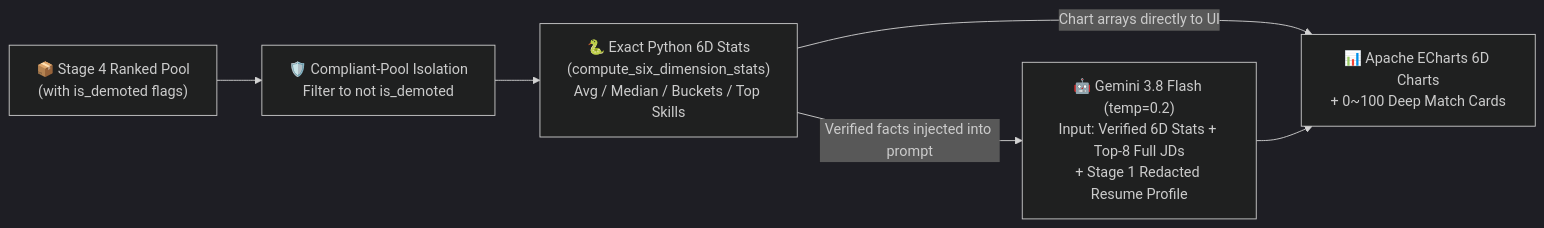
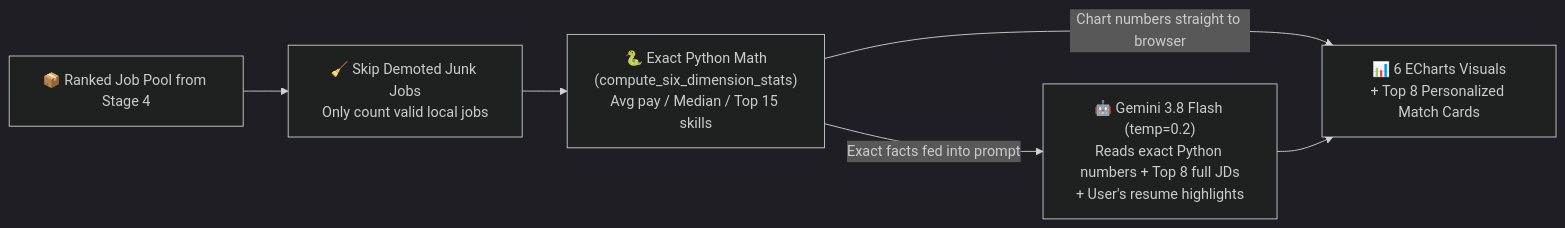
One commit to jason-haha-69135/boss-zhipin-crawler changed the diagram in tutorials/en/04-stage5-grounded-6d-analysis.md. Above: the diagram before and after it, drawn with Mermaid (dark theme). The commit also changed other lines of this file and 14 other files, not shown here.

````diff
--- a/tutorials/en/04-stage5-grounded-6d-analysis.md
+++ b/tutorials/en/04-stage5-grounded-6d-analysis.md
@@ -24,12 +26,12 @@
 ```mermaid
 flowchart LR
-    Pool["📦 Stage 4 Ranked Pool\n(with is_demoted flags)"]
-    Filter["🛡️ Compliant-Pool Isolation\nFilter to not is_demoted"]
-    PyStat["🐍 Exact Python 6D Stats\n(compute_six_dimension_stats)\nAvg / Median / Buckets / Top Skills"]
-    LLM["🤖 Gemini 3.8 Flash (temp=0.2)\nInput: Verified 6D Stats + Top-8 Full JDs\n+ Stage 1 Redacted Resume Profile"]
-    UI["📊 Apache ECharts 6D Charts\n+ 0~100 Deep Match Cards"]
+    Jobs["📦 Ranked Job Pool from Stage 4"]
+    Clean["🧹 Skip Demoted Junk Jobs\nOnly count valid local jobs"]
+    PyMath["🐍 Exact Python Math\n(compute_six_dimension_stats)\nAvg pay / Median / Top 15 skills"]
+    Gemini["🤖 Gemini 3.8 Flash (temp=0.2)\nReads exact Python numbers + Top 8 full JDs\n+ User's resume highlights"]
+    UI["📊 6 ECharts Visuals\n+ Top 8 Personalized Match Cards"]
 
-    Pool --> Filter --> PyStat
-    PyStat -->|"Chart arrays directly to UI"| UI
-    PyStat -->|"Verified facts injected into prompt"| LLM --> UI
+    Jobs --> Clean --> PyMath
+    PyMath -->|"Chart numbers straight to browser"| UI
+    PyMath -->|"Exact facts fed into prompt"| Gemini --> UI
 ```
````
